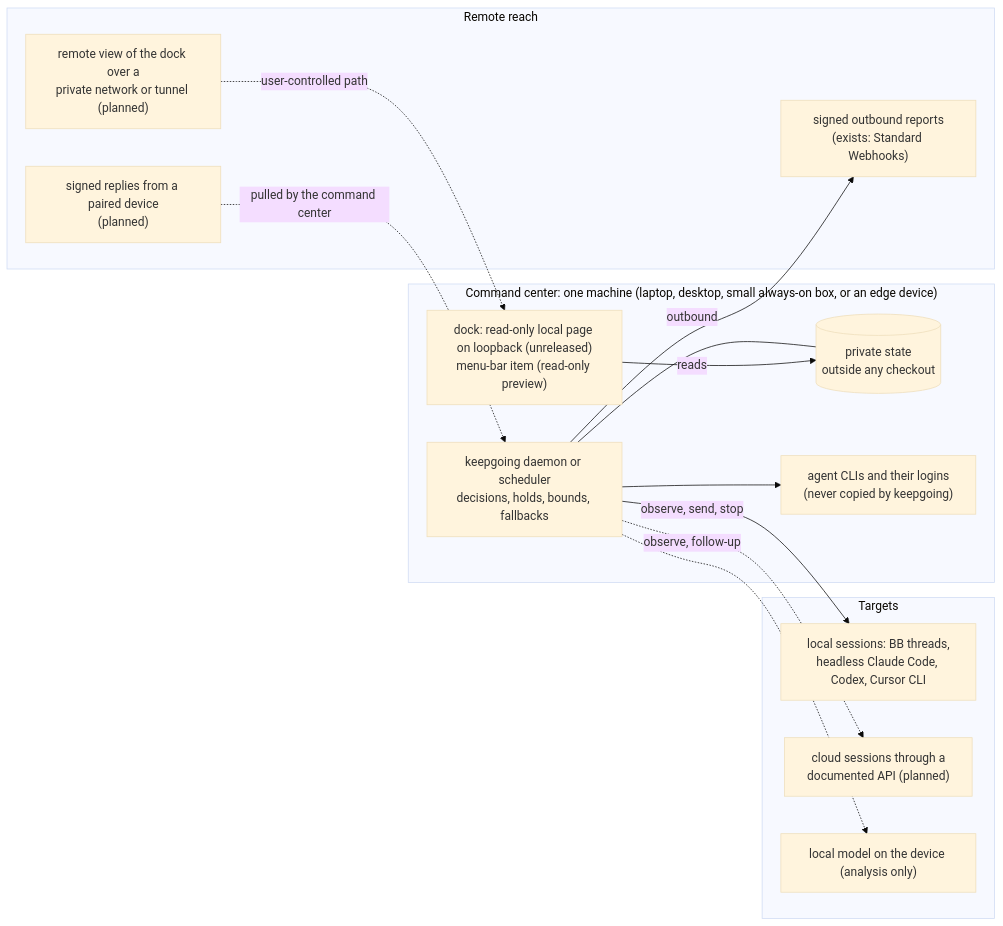
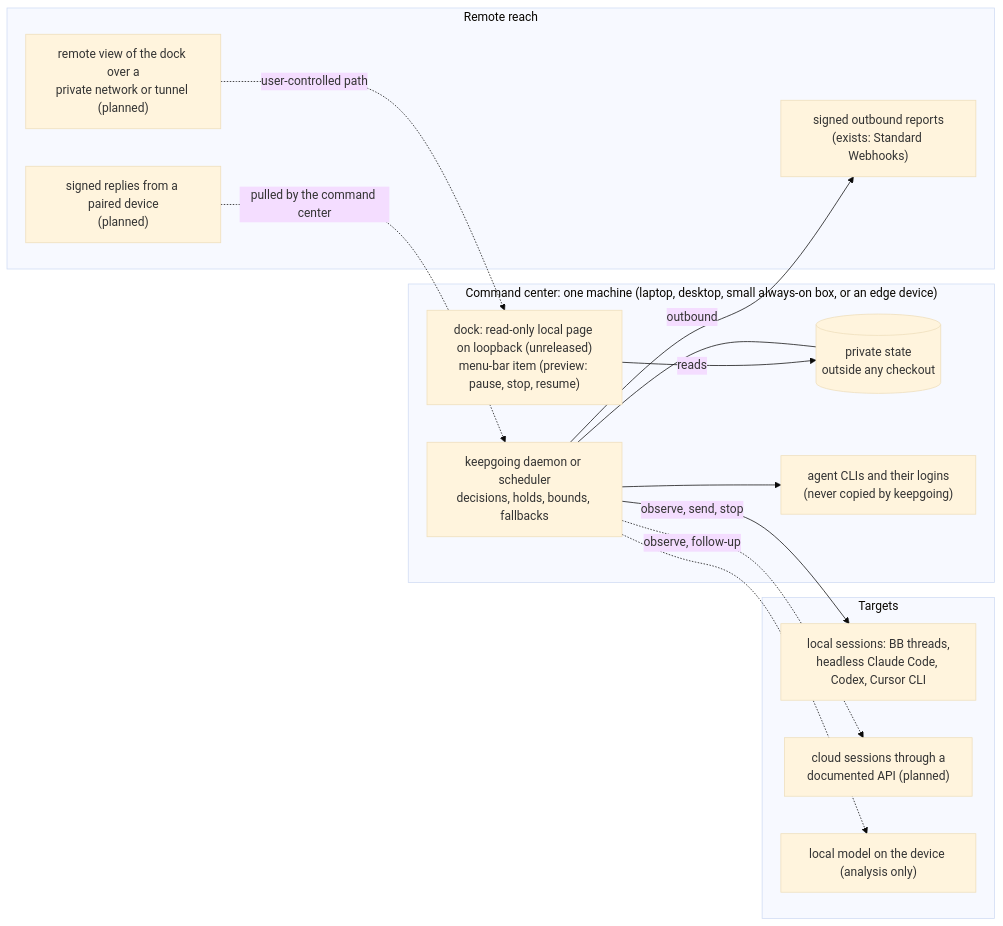
One commit to connorburgess/keepgoing-agents changed the diagram in docs/command-center.md. Above: the diagram before and after it, drawn with Mermaid (base theme). The commit also changed other lines of this file and 7 other files, not shown here.

First line of the commit message:
docs: describe the menu's pause, stop and resume, and client review and apply

````diff
--- a/docs/command-center.md
+++ b/docs/command-center.md
@@ -13,28 +13,28 @@
 ```mermaid
 flowchart LR
   subgraph CC["Command center: one machine (laptop, desktop, small always-on box, or an edge device)"]
     KG["keepgoing daemon or scheduler<br/>decisions, holds, bounds, fallbacks"]
     ST[("private state<br/>outside any checkout")]
     LOGIN["agent CLIs and their logins<br/>(never copied by keepgoing)"]
-    DOCK["dock: read-only local page on loopback (unreleased)<br/>menu-bar item (read-only preview)"]
+    DOCK["dock: read-only local page on loopback (unreleased)<br/>menu-bar item (preview: pause, stop, resume)"]
     KG --- ST
     KG --> LOGIN
     DOCK -->|reads| ST
   end
   subgraph T["Targets"]
     LOCAL["local sessions: BB threads,<br/>headless Claude Code, Codex, Cursor CLI"]
     CLOUD["cloud sessions through a<br/>documented API (planned)"]
     LM["local model on the device (analysis only)"]
   end
   KG -->|observe, send, stop| LOCAL
   KG -.->|observe, follow-up| CLOUD
   KG -.-> LM
   subgraph R["Remote reach"]
     REP["signed outbound reports<br/>(exists: Standard Webhooks)"]
     VIEW["remote view of the dock over a<br/>private network or tunnel (planned)"]
     REPLY["signed replies from a paired device<br/>(planned)"]
   end
   KG -->|outbound| REP
   VIEW -.->|user-controlled path| DOCK
   REPLY -.->|pulled by the command center| KG
 ```
````
